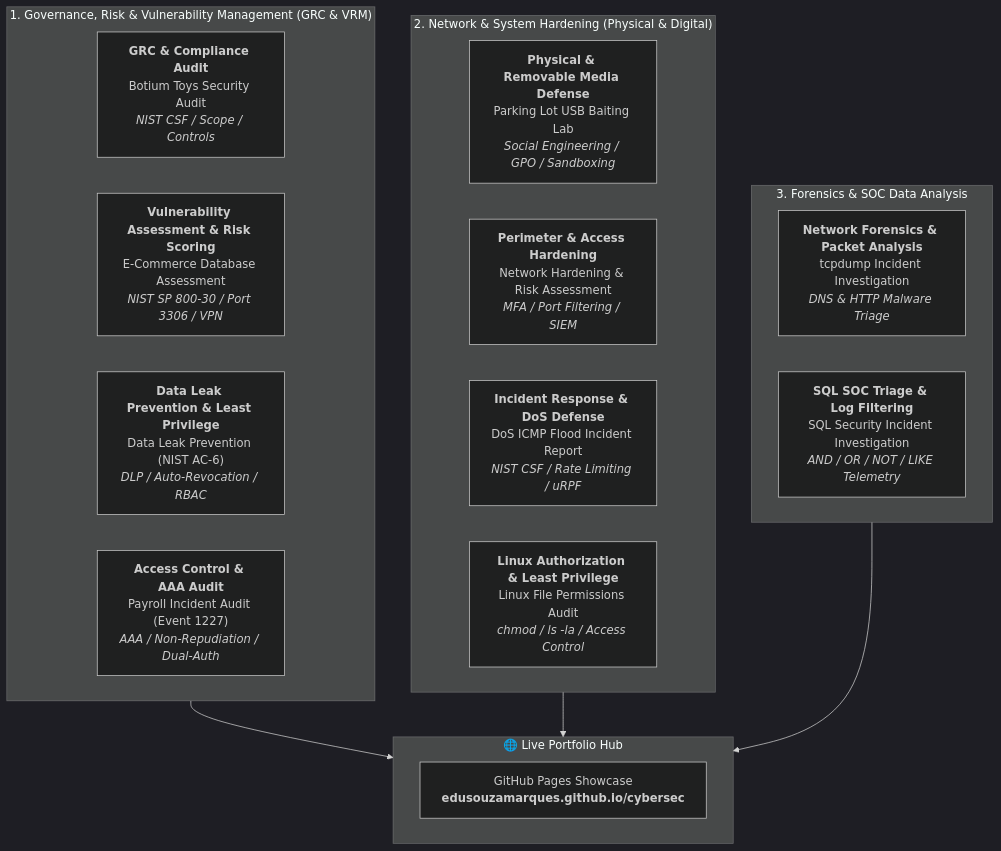
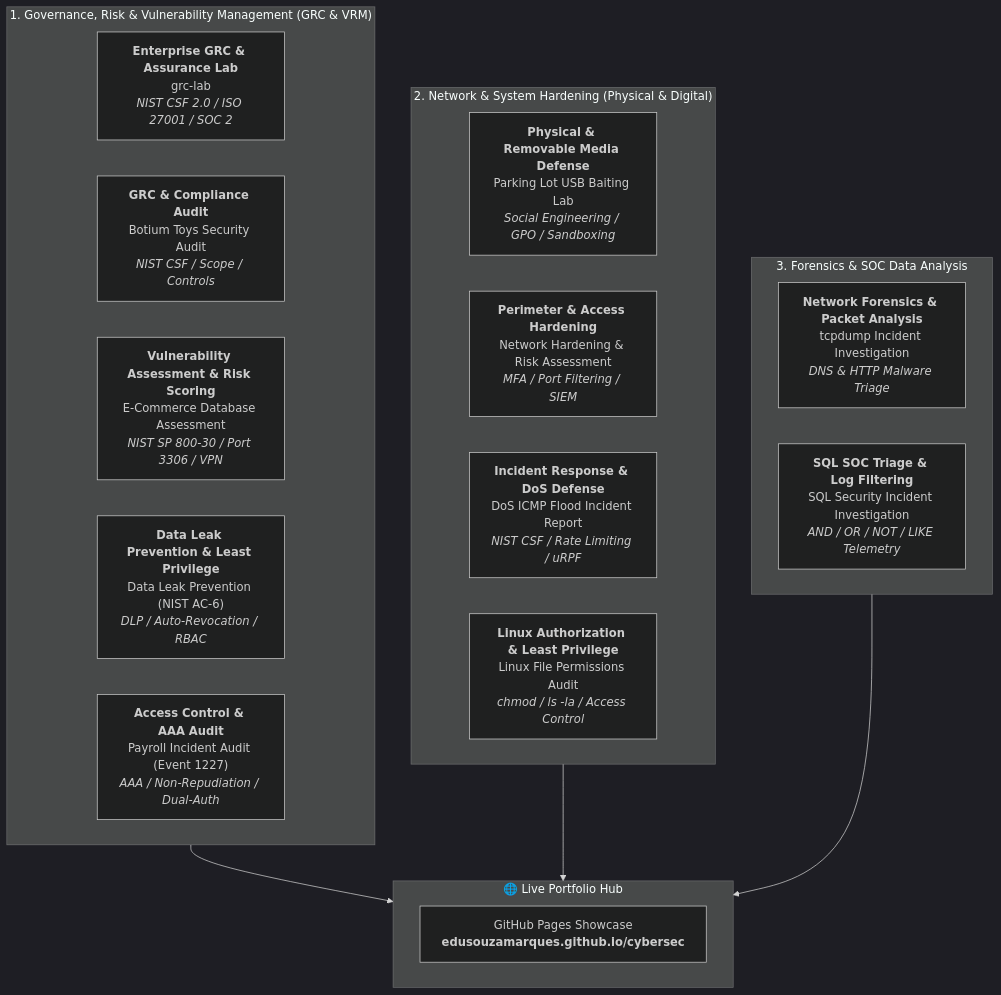
Before and after one commit to edusouzamarques/edusouzamarques: the diagram in README.md, drawn with Mermaid (dark theme). The commit also changed other lines of this file, not shown here.

Commit message:
feat(profile): align title to Cybersecurity & GRC, add grc-lab showcase, and unify contact email

````diff
--- a/README.md
+++ b/README.md
@@ -12,29 +12,30 @@
 ```mermaid
 flowchart TD
     subgraph GRC["1. Governance, Risk & Vulnerability Management (GRC & VRM)"]
+        L0["<b>Enterprise GRC & Assurance Lab</b><br/>grc-lab<br/><i>NIST CSF 2.0 / ISO 27001 / SOC 2</i>"]
         L1["<b>GRC & Compliance Audit</b><br/>Botium Toys Security Audit<br/><i>NIST CSF / Scope / Controls</i>"]
         L2["<b>Vulnerability Assessment & Risk Scoring</b><br/>E-Commerce Database Assessment<br/><i>NIST SP 800-30 / Port 3306 / VPN</i>"]
         L3["<b>Data Leak Prevention & Least Privilege</b><br/>Data Leak Prevention (NIST AC-6)<br/><i>DLP / Auto-Revocation / RBAC</i>"]
         L4["<b>Access Control & AAA Audit</b><br/>Payroll Incident Audit (Event 1227)<br/><i>AAA / Non-Repudiation / Dual-Auth</i>"]
     end
 
     subgraph Defense["2. Network & System Hardening (Physical & Digital)"]
         L5["<b>Physical & Removable Media Defense</b><br/>Parking Lot USB Baiting Lab<br/><i>Social Engineering / GPO / Sandboxing</i>"]
         L6["<b>Perimeter & Access Hardening</b><br/>Network Hardening & Risk Assessment<br/><i>MFA / Port Filtering / SIEM</i>"]
         L7["<b>Incident Response & DoS Defense</b><br/>DoS ICMP Flood Incident Report<br/><i>NIST CSF / Rate Limiting / uRPF</i>"]
         L8["<b>Linux Authorization & Least Privilege</b><br/>Linux File Permissions Audit<br/><i>chmod / ls -la / Access Control</i>"]
     end
 
     subgraph Forensics["3. Forensics & SOC Data Analysis"]
         L9["<b>Network Forensics & Packet Analysis</b><br/>tcpdump Incident Investigation<br/><i>DNS & HTTP Malware Triage</i>"]
         L10["<b>SQL SOC Triage & Log Filtering</b><br/>SQL Security Incident Investigation<br/><i>AND / OR / NOT / LIKE Telemetry</i>"]
     end
 
     subgraph Hub["🌐 Live Portfolio Hub"]
         Web["GitHub Pages Showcase<br/><b>edusouzamarques.github.io/cybersec</b>"]
     end
 
     GRC --> Hub
     Defense --> Hub
     Forensics --> Hub
 ```
````
